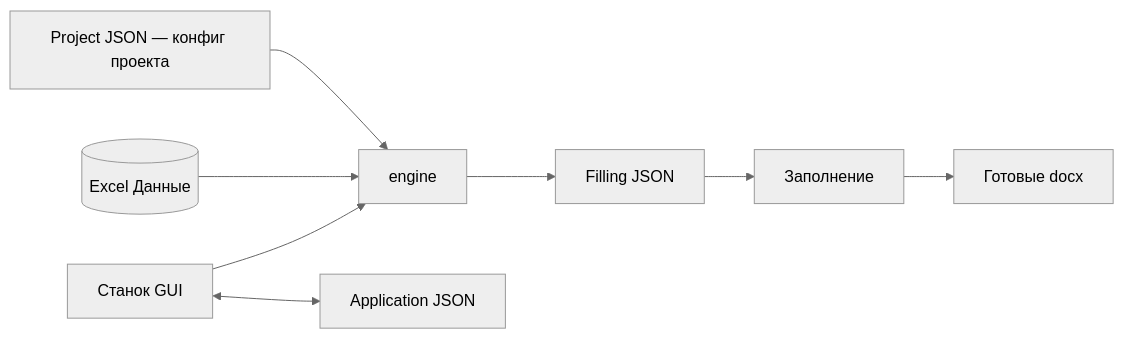
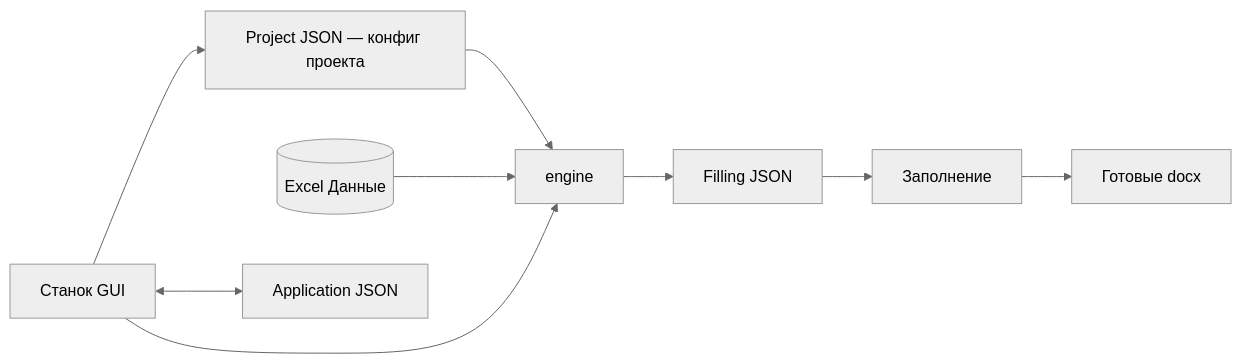
One commit to kirill406/Stanok changed the second of 3 diagrams in specs/spec.md. Above: the diagram before and after it, drawn with Mermaid (neutral theme). The commit also changed 11 other files, not shown here.

````diff
--- a/specs/spec.md
+++ b/specs/spec.md
@@ -93,10 +93,11 @@
 ```mermaid
 flowchart LR
     PJ[Project JSON — конфиг проекта] --> Engine[engine]
     Excel[(Excel Данные)] --> Engine
     Engine --> FJ[Filling JSON]
     FJ --> Filling[Заполнение]
     Filling --> Docs[Готовые docx]
     GUI[Станок GUI] <--> AJ[Application JSON]
     GUI --> Engine
+    GUI --> PJ
 ```
````
